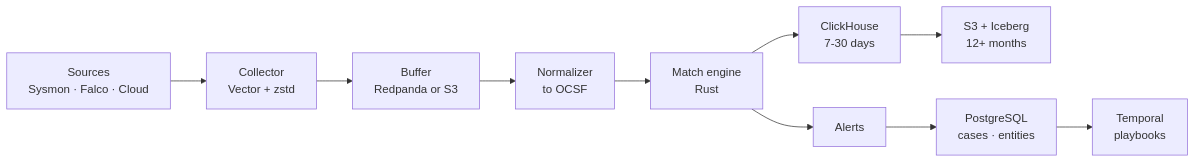
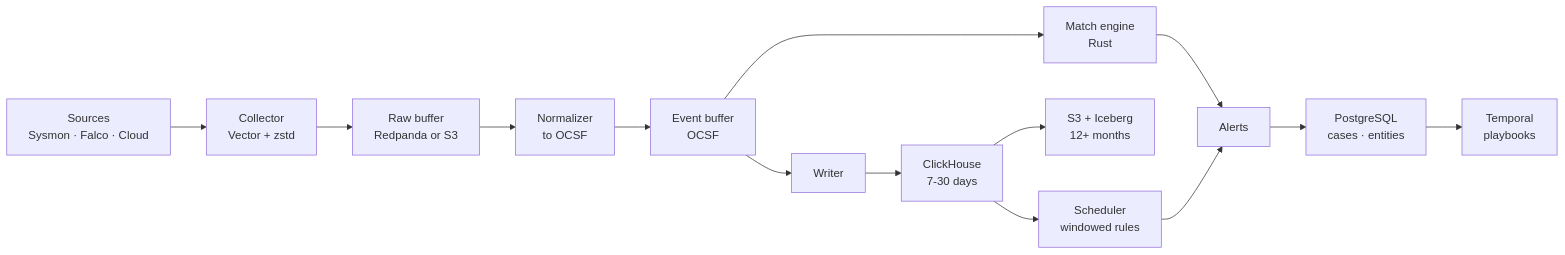
The diagram in README.md (arelove/goliath-siem), drawn with Mermaid before and after one commit. The commit also changed other lines of this file, not shown here.

````diff
--- a/README.md
+++ b/README.md
@@ -45,12 +72,16 @@
 ```mermaid
 flowchart LR
   S["Sources<br/>Sysmon · Falco · Cloud"] --> V["Collector<br/>Vector + zstd"]
-  V --> B["Buffer<br/>Redpanda or S3"]
+  V --> B["Raw buffer<br/>Redpanda or S3"]
   B --> N["Normalizer<br/>to OCSF"]
-  N --> D["Match engine<br/>Rust"]
-  D --> CH["ClickHouse<br/>7-30 days"]
+  N --> E["Event buffer<br/>OCSF"]
+  E --> W["Writer"]
+  E --> D["Match engine<br/>Rust"]
+  W --> CH["ClickHouse<br/>7-30 days"]
+  CH --> S3["S3 + Iceberg<br/>12+ months"]
+  CH --> SC["Scheduler<br/>windowed rules"]
   D --> AL["Alerts"]
-  CH --> S3["S3 + Iceberg<br/>12+ months"]
+  SC --> AL
   AL --> PG["PostgreSQL<br/>cases · entities"]
   PG --> T["Temporal<br/>playbooks"]
 ```
````
